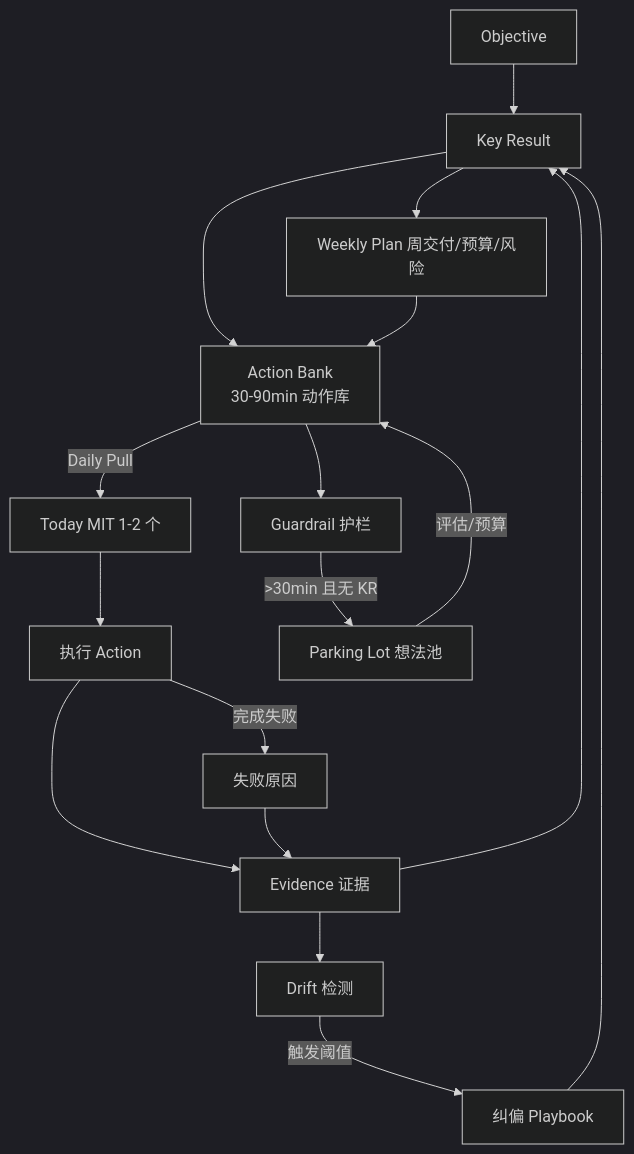
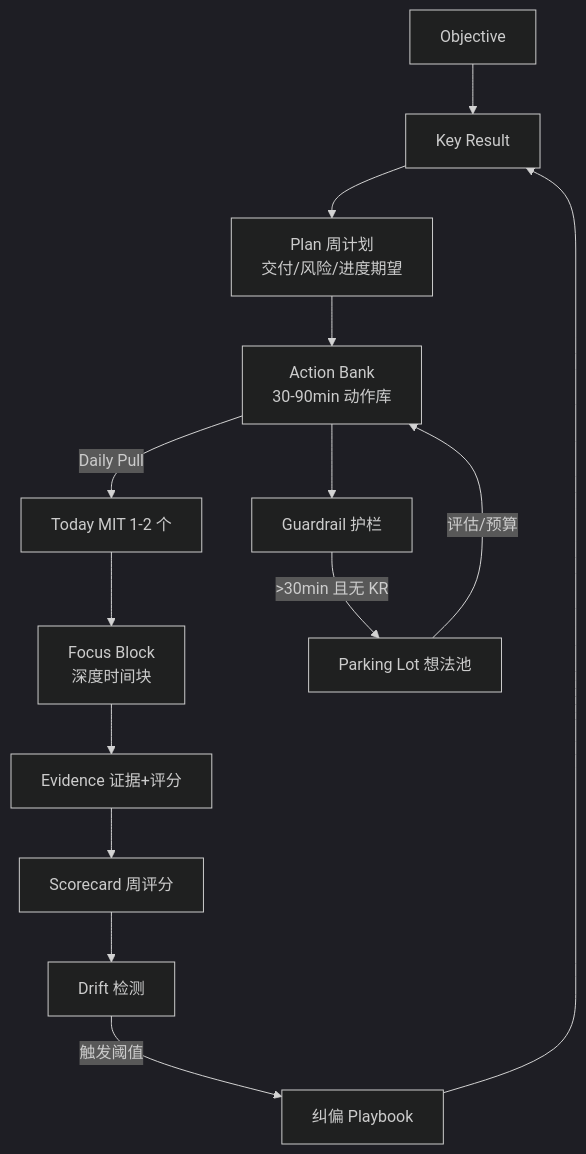
Before and after one commit to llkongs/OKR_Toolbox: the diagram in PRD.md, drawn with Mermaid (dark theme). The commit also changed other lines of this file and 3 other files, not shown here.

Commit message:
Update docs for plan-focus-scorecard flow

````diff
--- a/PRD.md
+++ b/PRD.md
@@ -28,23 +30,17 @@
 ```mermaid
 flowchart TD
     O[Objective] --> KR[Key Result]
-    KR --> AB[Action Bank<br/>30-90min 动作库]
+    KR --> PLAN[Plan 周计划<br/>交付/风险/进度期望]
+    PLAN --> AB[Action Bank<br/>30-90min 动作库]
     AB -->|Daily Pull| TODAY[Today MIT 1-2 个]
-    TODAY --> DO[执行 Action]
-    DO --> EV[Evidence 证据]
-    EV --> KR
-
-    DO -->|完成失败| FAIL[失败原因]
-    FAIL --> EV
+    TODAY --> FB[Focus Block<br/>深度时间块]
+    FB --> EV[Evidence 证据+评分]
+    EV --> SCORE[Scorecard 周评分]
+    SCORE --> DRIFT[Drift 检测]
+    DRIFT -->|触发阈值| PLAY[纠偏 Playbook]
+    PLAY --> KR
 
     AB --> GUARD[Guardrail 护栏]
     GUARD -->|>30min 且无 KR| PARK[Parking Lot 想法池]
     PARK -->|评估/预算| AB
-
-    EV --> DRIFT[Drift 检测]
-    DRIFT -->|触发阈值| PLAY[纠偏 Playbook]
-    PLAY --> KR
-
-    KR --> WEEK[Weekly Plan 周交付/预算/风险]
-    WEEK --> AB
 ```
````
